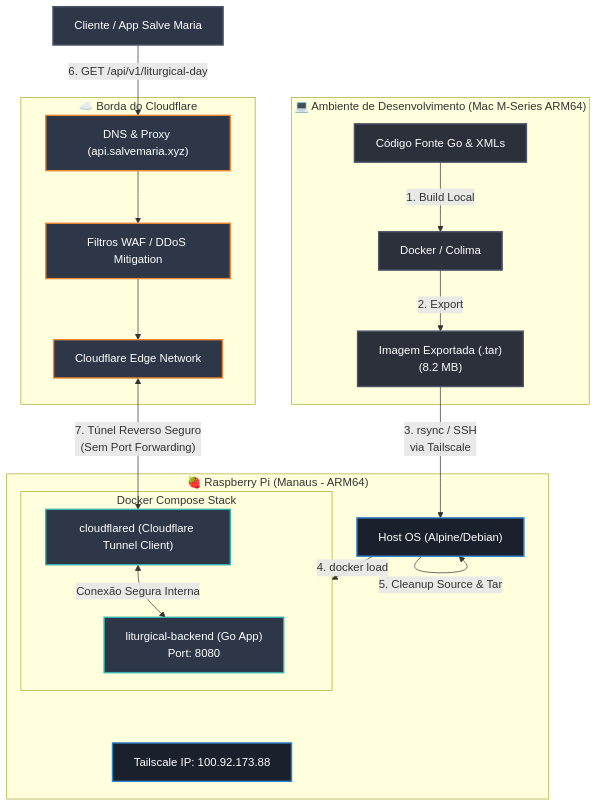
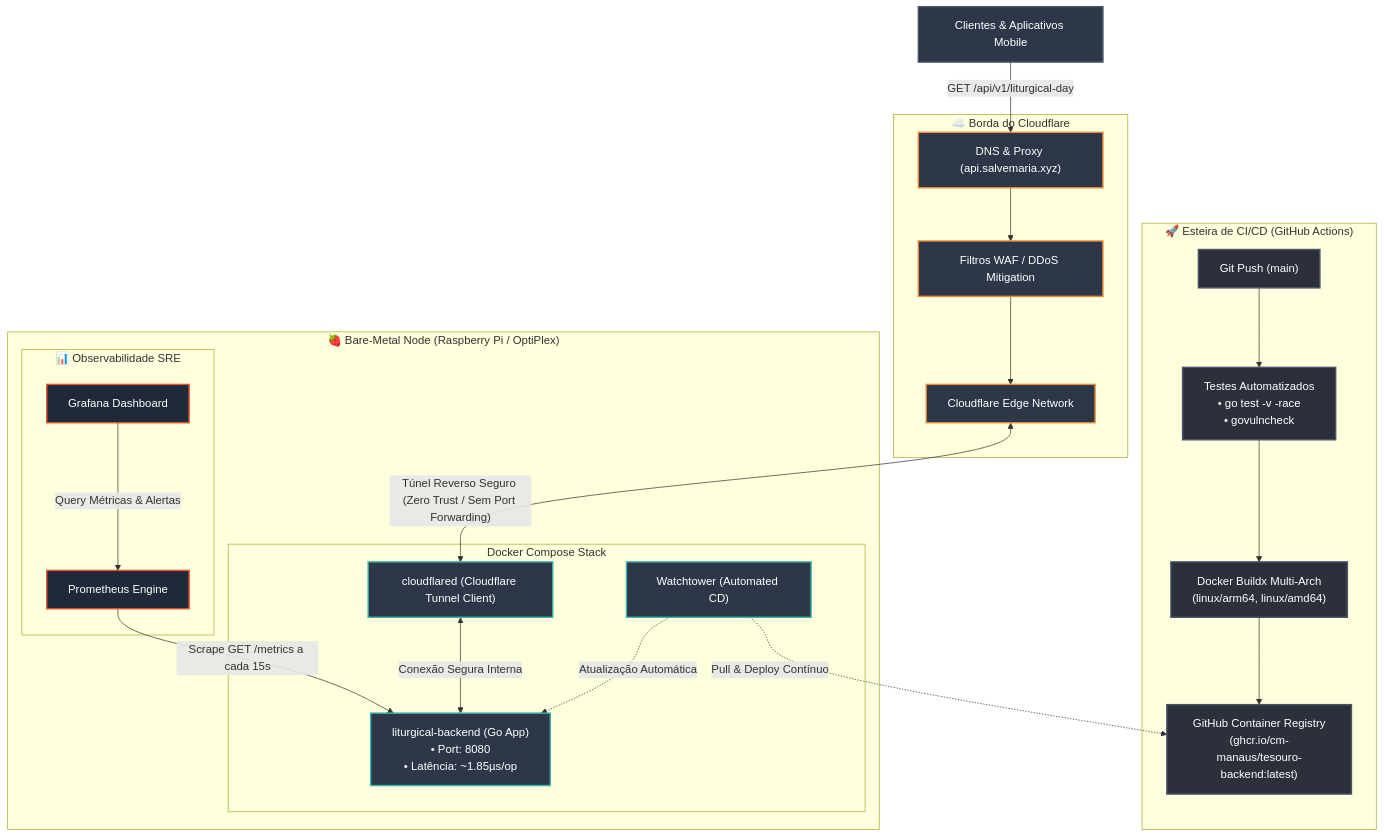
One commit to cm-manaus/liturgical-calendar-engine changed the diagram in README.md. Above: the diagram before and after it, drawn with Mermaid. The commit also changed other lines of this file and 1 other file, not shown here.

Commit message:
docs: update architecture Mermaid diagram for CI/CD + Prometheus and add v2.2.0 changelog

````diff
--- a/README.md
+++ b/README.md
@@ -11,48 +17,51 @@
 ```mermaid
 graph TD
     %% Estilo dos Nós
     classDef dev fill:#2b303a,stroke:#4a5568,stroke-width:2px,color:#fff;
     classDef server fill:#1a202c,stroke:#3182ce,stroke-width:2px,color:#fff;
     classDef container fill:#2d3748,stroke:#38b2ac,stroke-width:2px,color:#fff;
     classDef cloud fill:#2d3748,stroke:#ed8936,stroke-width:2px,color:#fff;
     classDef client fill:#2d3748,stroke:#4a5568,stroke-width:2px,color:#fff;
+    classDef obs fill:#1f2937,stroke:#e6522c,stroke-width:2px,color:#fff;
 
-    subgraph local_dev ["💻 Ambiente de Desenvolvimento (Mac M-Series ARM64)"]
-        A["Código Fonte Go & XMLs"]:::dev
-        B["Docker / Colima"]:::dev
-        C["Imagem Exportada (.tar) <br> (8.2 MB)"]:::dev
-        
-        A -->|1. Build Local| B
-        B -->|2. Export| C
+    subgraph dev_pipeline ["🚀 Esteira de CI/CD (GitHub Actions)"]
+        A["Git Push (main)"]:::dev
+        B["Testes Automatizados<br/>• go test -v -race<br/>• govulncheck"]:::dev
+        C["Docker Buildx Multi-Arch<br/>(linux/arm64, linux/amd64)"]:::dev
+        D["GitHub Container Registry<br/>(ghcr.io/cm-manaus/tesouro-backend:latest)"]:::dev
+
+        A --> B --> C --> D
     end
 
     subgraph cloudflare_edge ["☁️ Borda do Cloudflare"]
         I["DNS & Proxy (api.salvemaria.xyz)"]:::cloud
         J["Filtros WAF / DDoS Mitigation"]:::cloud
         K["Cloudflare Edge Network"]:::cloud
         
-        I --> J
-        J --> K
+        I --> J --> K
     end
 
-    subgraph home_server ["🍓 Raspberry Pi (Manaus - ARM64)"]
+    subgraph home_server ["🍓 Bare-Metal Node (Raspberry Pi / OptiPlex)"]
         subgraph docker_compose ["Docker Compose Stack"]
-            F["liturgical-backend (Go App) <br> Port: 8080"]:::container
+            F["liturgical-backend (Go App)<br/>• Port: 8080<br/>• Latência: ~1.85µs/op"]:::container
             G["cloudflared (Cloudflare Tunnel Client)"]:::container
+            W["Watchtower (Automated CD)"]:::container
             
             G <-->|Conexão Segura Interna| F
+            W -.->|Pull & Deploy Contínuo| D
+            W -.->|Atualização Automática| F
         end
-        
-        D["Tailscale IP: 100.92.173.88"]:::server
-        E["Host OS (Alpine/Debian)"]:::server
+
+        subgraph observability ["📊 Observabilidade SRE"]
+            P["Prometheus Engine"]:::obs
+            H["Grafana Dashboard"]:::obs
+            
+            P -->|Scrape GET /metrics a cada 15s| F
+            H -->|Query Métricas & Alertas| P
+        end
     end
 
-    %% Deploy Flow
-    C -->|"3. rsync / SSH <br> via Tailscale"| E
-    E -->|4. docker load| docker_compose
-    E -->|5. Cleanup Source & Tar| E
-
     %% Client Request Flow
-    L["Cliente / App Salve Maria"]:::client -->|6. GET /api/v1/liturgical-day| I
-    K <-->|"7. Túnel Reverso Seguro <br> (Sem Port Forwarding)"| G
+    L["Clientes & Aplicativos Mobile"]:::client -->|GET /api/v1/liturgical-day| I
+    K <-->|"Túnel Reverso Seguro (Zero Trust / Sem Port Forwarding)"| G
 ```
````
